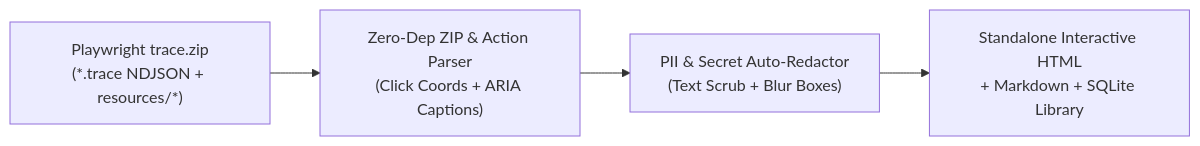
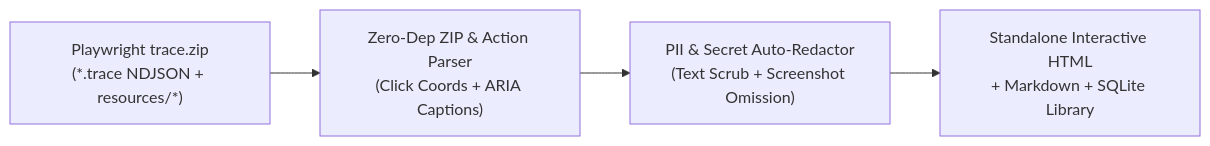
One commit to flipcyde101/traceguide changed the diagram in README.md. Above: the diagram before and after it, drawn with Mermaid. The commit also changed other lines of this file and 13 other files, not shown here.

````diff
--- a/README.md
+++ b/README.md
@@ -84,6 +86,6 @@
 ```mermaid
 flowchart LR
     Zip["Playwright trace.zip\n(*.trace NDJSON + resources/*)"] --> Parser["Zero-Dep ZIP & Action Parser\n(Click Coords + ARIA Captions)"]
-    Parser --> Redact["PII & Secret Auto-Redactor\n(Text Scrub + Blur Boxes)"]
+    Parser --> Redact["PII & Secret Auto-Redactor\n(Text Scrub + Screenshot Omission)"]
     Redact --> Out["Standalone Interactive HTML\n+ Markdown + SQLite Library"]
 ```
````
